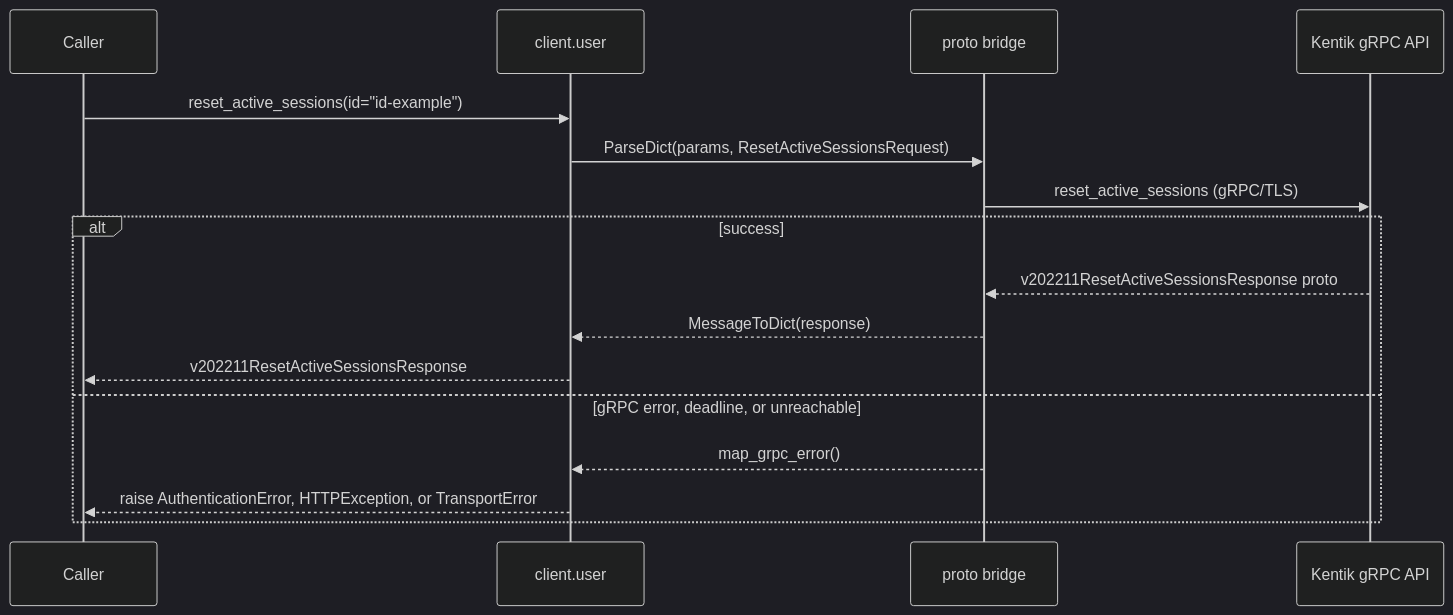
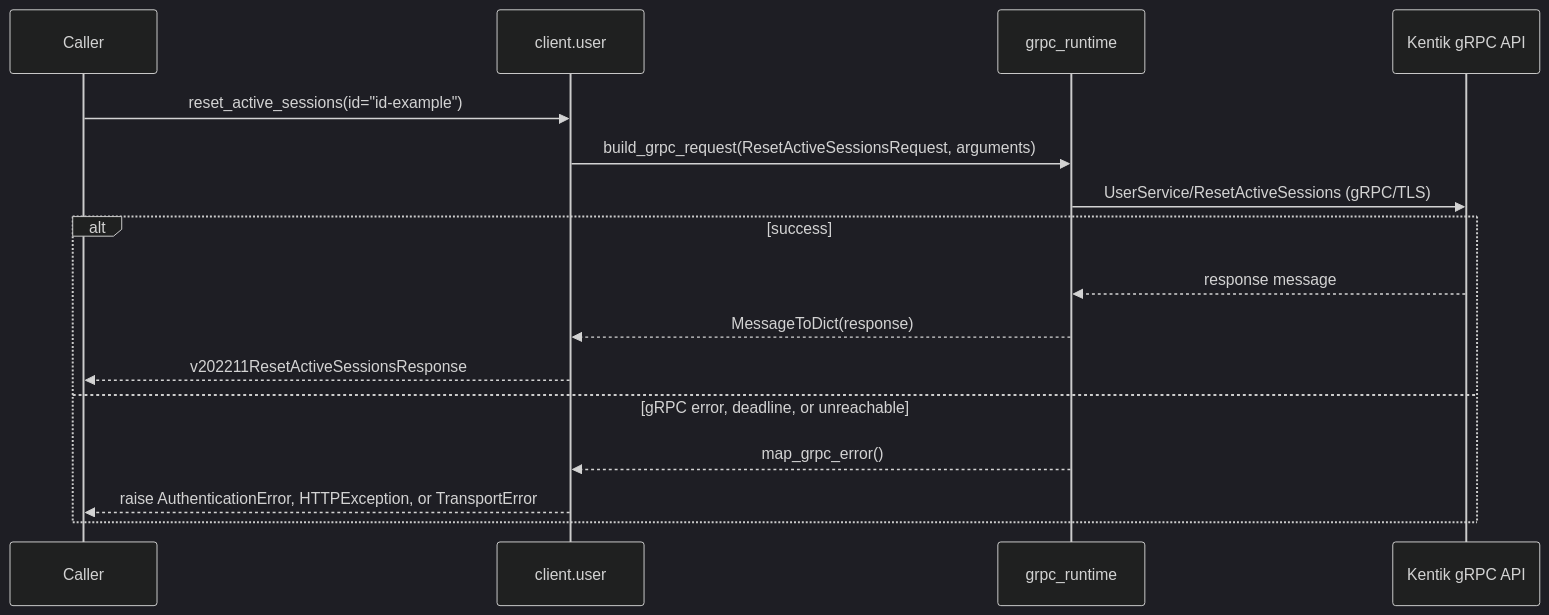
One commit to alexdearaujo/community_sdk_python changed diagram 13 of 16 in docs/sphinx/services/user.md. Above: the diagram before and after it, drawn with Mermaid (dark theme). The commit also changed other lines of this file and 37 other files, not shown here.

First line of the commit message:
docs: show the real RPC in each service page's gRPC diagram

````diff
--- a/docs/sphinx/services/user.md
+++ b/docs/sphinx/services/user.md
@@ -433,19 +433,19 @@
 ```mermaid
 sequenceDiagram
     participant C as Caller
     participant W as client.user
-    participant B as proto bridge
+    participant R as grpc_runtime
     participant API as Kentik gRPC API
 
     C->>W: reset_active_sessions(id="id-example")
-    W->>B: ParseDict(params, ResetActiveSessionsRequest)
-    B->>API: reset_active_sessions (gRPC/TLS)
+    W->>R: build_grpc_request(ResetActiveSessionsRequest, arguments)
+    R->>API: UserService/ResetActiveSessions (gRPC/TLS)
     alt success
-        API-->>B: v202211ResetActiveSessionsResponse proto
-        B-->>W: MessageToDict(response)
+        API-->>R: response message
+        R-->>W: MessageToDict(response)
         W-->>C: v202211ResetActiveSessionsResponse
     else gRPC error, deadline, or unreachable
-        B-->>W: map_grpc_error()
+        R-->>W: map_grpc_error()
         W-->>C: raise AuthenticationError, HTTPException, or TransportError
     end
 ```
````
